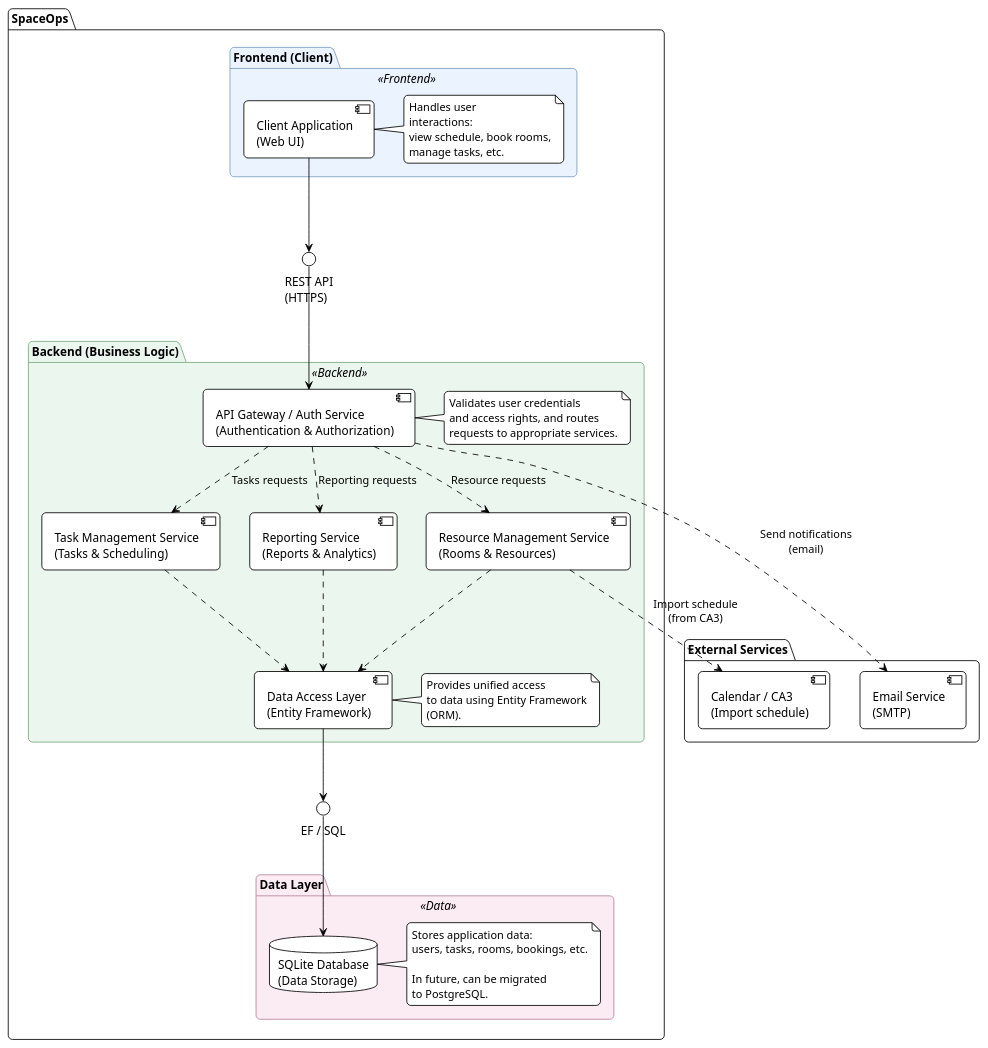
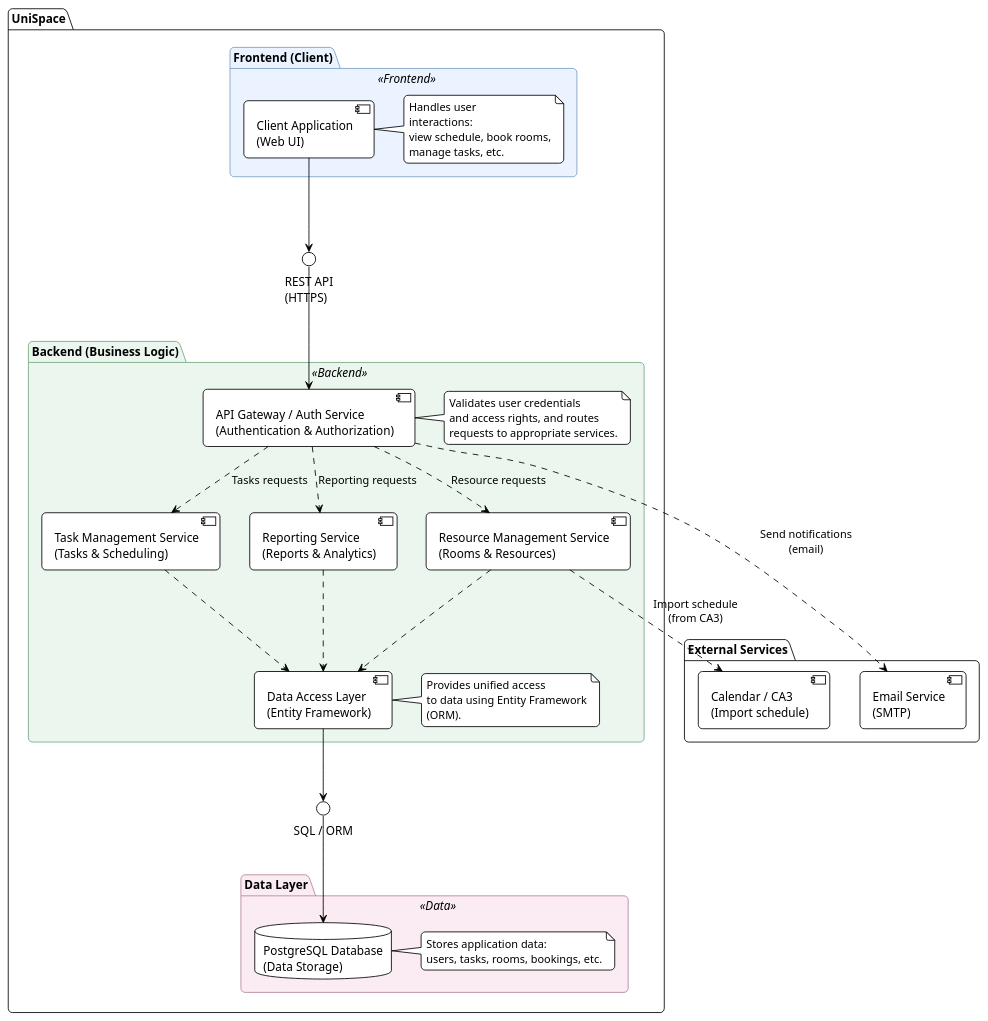
The diagram in docs/architecture/uml/component_diagram.puml (ukma-fin-ssdm-2026/unispace), drawn with PlantUML before and after one commit.

Commit message:
docs: update db in component diagram
updated diagram according to db architecture changes + fixed the project name

```diff
--- a/docs/architecture/uml/component_diagram.puml
+++ b/docs/architecture/uml/component_diagram.puml
@@ -1,84 +1,81 @@
 @startuml
 !theme plain
 skinparam componentStyle uml2
 skinparam roundCorner 10
 
 skinparam package {
     BackgroundColor<<Frontend>> #EAF3FF
     BorderColor<<Frontend>> #7A9EC2
     BackgroundColor<<Backend>> #EBF7EE
     BorderColor<<Backend>> #76A880
     BackgroundColor<<Data>> #FBEBF3
     BorderColor<<Data>> #B5849E
 }
 
-package "SpaceOps" {
+package "UniSpace" {
 
     package "Frontend (Client)" <<Frontend>> {
         [Client Application\n(Web UI)] as Client
         note right of Client
             Handles user
             interactions:
             view schedule, book rooms,
             manage tasks, etc.
         end note
     }
 
     () "REST API\n(HTTPS)" as REST_API
 
     package "Backend (Business Logic)" <<Backend>> {
         [API Gateway / Auth Service\n(Authentication & Authorization)] as Gateway
         note right of Gateway
             Validates user credentials
             and access rights, and routes
             requests to appropriate services.
         end note
 
         [Task Management Service\n(Tasks & Scheduling)] as TaskService
         [Resource Management Service\n(Rooms & Resources)] as ResourceService
         [Reporting Service\n(Reports & Analytics)] as ReportService
 
         [Data Access Layer\n(Entity Framework)] as DAL
         note right of DAL
             Provides unified access
             to data using Entity Framework
             (ORM).
         end note
     }
 
-    () "EF / SQL" as SQL_Interface
+    () "SQL / ORM" as SQL_Interface
 
     package "Data Layer" <<Data>> {
-        database "SQLite Database\n(Data Storage)" as DB
+        database "PostgreSQL Database\n(Data Storage)" as DB
         note right of DB
             Stores application data:
             users, tasks, rooms, bookings, etc.
-
-            In future, can be migrated
-            to PostgreSQL.
         end note
     }
 }
 
 package "External Services" {
     [Email Service\n(SMTP)] as EmailService
     [Calendar / CA3\n(Import schedule)] as CalendarService
 }
 
 Client --> REST_API
 REST_API --> Gateway
 
 Gateway ..> TaskService : Tasks requests
 Gateway ..> ResourceService : Resource requests
 Gateway ..> ReportService : Reporting requests
 
 TaskService ..> DAL
 ResourceService ..> DAL
 ReportService ..> DAL
 
 DAL --> SQL_Interface
 SQL_Interface --> DB
 
 Gateway ..> EmailService : Send notifications\n(email)
 ResourceService ..> CalendarService : Import schedule\n(from CA3)
 @enduml
```
